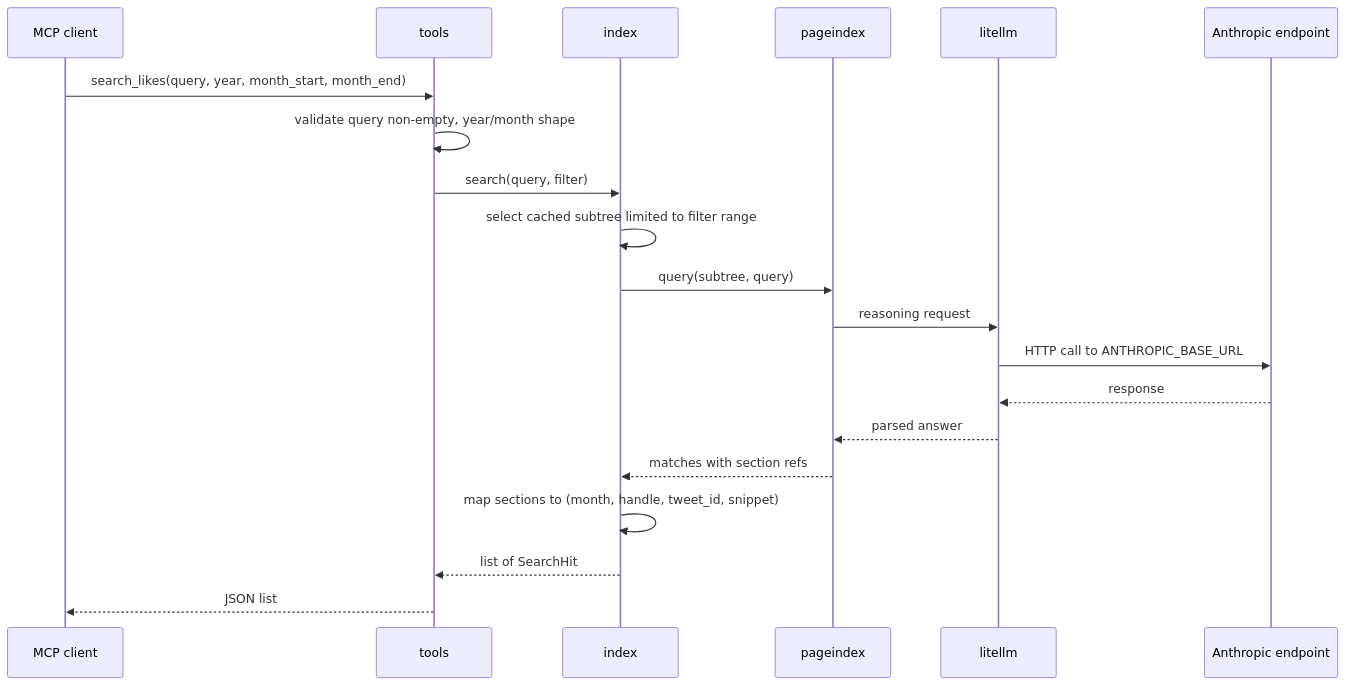
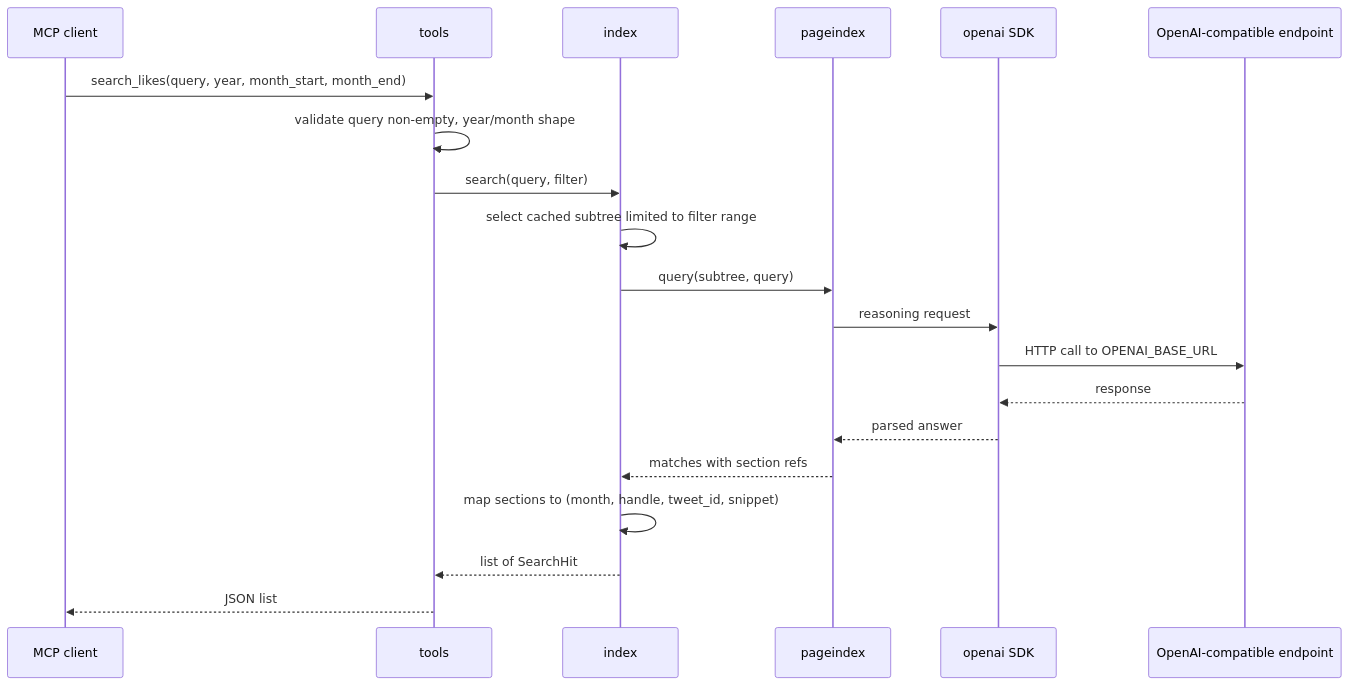
One commit to norandom/x_likes_scraper changed the third of 3 diagrams in .kiro/specs/mcp-pageindex/design.md. Above: the diagram before and after it, drawn with Mermaid. The commit also changed other lines of this file and 13 other files, not shown here.

````diff
--- a/.kiro/specs/mcp-pageindex/design.md
+++ b/.kiro/specs/mcp-pageindex/design.md
@@ -252,23 +252,23 @@
 ```mermaid
 sequenceDiagram
     participant Client as MCP client
     participant Tools as tools
     participant Index as index
     participant PageIndex as pageindex
-    participant LiteLLM as litellm
-    participant LLM as Anthropic endpoint
+    participant OpenAI as openai SDK
+    participant LLM as OpenAI-compatible endpoint
 
     Client->>Tools: search_likes(query, year, month_start, month_end)
     Tools->>Tools: validate query non-empty, year/month shape
     Tools->>Index: search(query, filter)
     Index->>Index: select cached subtree limited to filter range
     Index->>PageIndex: query(subtree, query)
-    PageIndex->>LiteLLM: reasoning request
-    LiteLLM->>LLM: HTTP call to ANTHROPIC_BASE_URL
-    LLM-->>LiteLLM: response
-    LiteLLM-->>PageIndex: parsed answer
+    PageIndex->>OpenAI: reasoning request
+    OpenAI->>LLM: HTTP call to OPENAI_BASE_URL
+    LLM-->>OpenAI: response
+    OpenAI-->>PageIndex: parsed answer
     PageIndex-->>Index: matches with section refs
     Index->>Index: map sections to (month, handle, tweet_id, snippet)
     Index-->>Tools: list of SearchHit
     Tools-->>Client: JSON list
 ```
````
